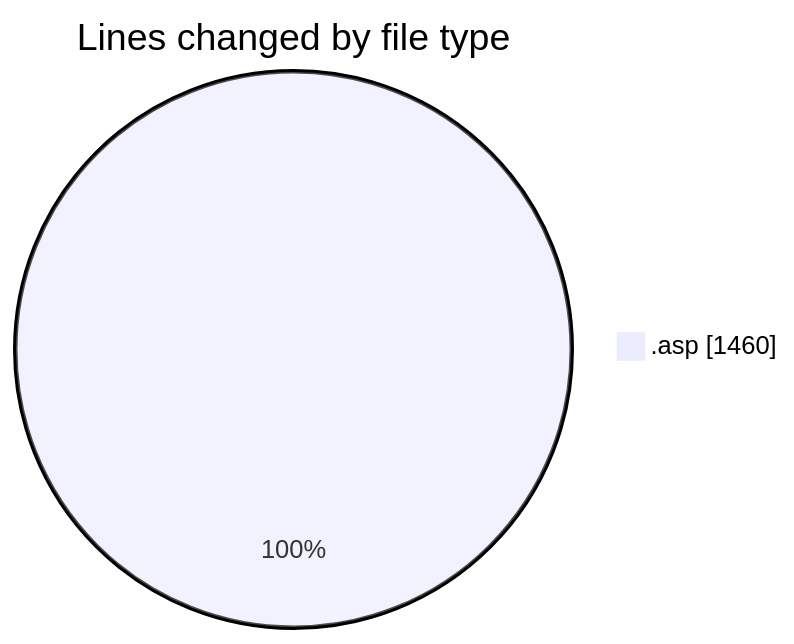
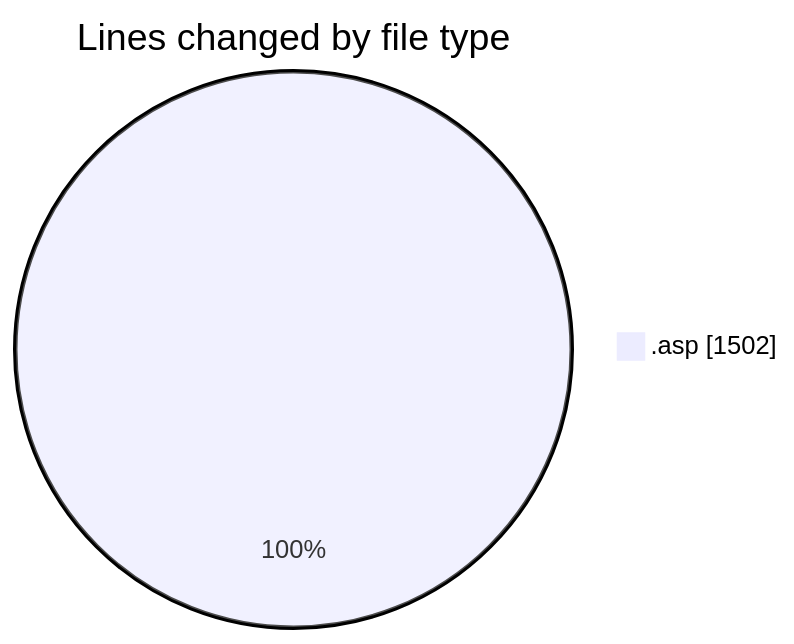
One commit to julien-gomy/code-tracking changed the first of 2 diagrams in 2025-10-30/cdp_aleoudev_fr__workspace_/README.md. Above: the diagram before and after it, drawn with Mermaid. The commit also changed other lines of this file and 1 other file, not shown here.

````diff
--- a/2025-10-30/cdp_aleoudev_fr__workspace_/README.md
+++ b/2025-10-30/cdp_aleoudev_fr__workspace_/README.md
@@ -22,5 +22,5 @@
 ```mermaid
 pie showData
 title Lines changed by file type
-".asp" : 1460
+".asp" : 1502
 ```
````
